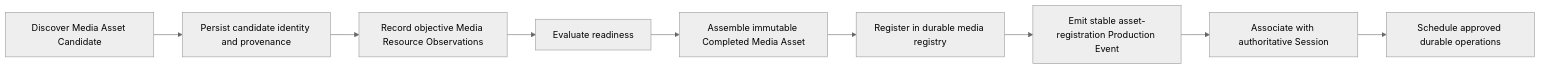
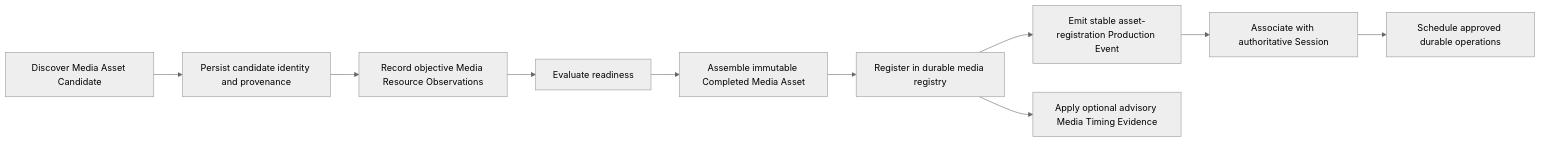
Before and after one commit to leeenchtron3030/StageFlow: the diagram in docs/architecture/segment-lifecycle.md, drawn with Mermaid (neutral theme). The commit also changed other lines of this file and 103 other files, not shown here.

Commit message:
milestone: add validation, timing evidence, and producer UI

````diff
--- a/docs/architecture/segment-lifecycle.md
+++ b/docs/architecture/segment-lifecycle.md
@@ -74,11 +80,12 @@
 ```mermaid
 flowchart LR
     Discover[Discover Media Asset Candidate] --> Persist[Persist candidate identity and provenance]
     Persist --> Observe[Record objective Media Resource Observations]
     Observe --> Ready[Evaluate readiness]
     Ready --> Assemble[Assemble immutable Completed Media Asset]
     Assemble --> Register[Register in durable media registry]
     Register --> Event[Emit stable asset-registration Production Event]
+    Register --> Timing[Apply optional advisory Media Timing Evidence]
     Event --> Associate[Associate with authoritative Session]
     Associate --> Work[Schedule approved durable operations]
 ```
````
